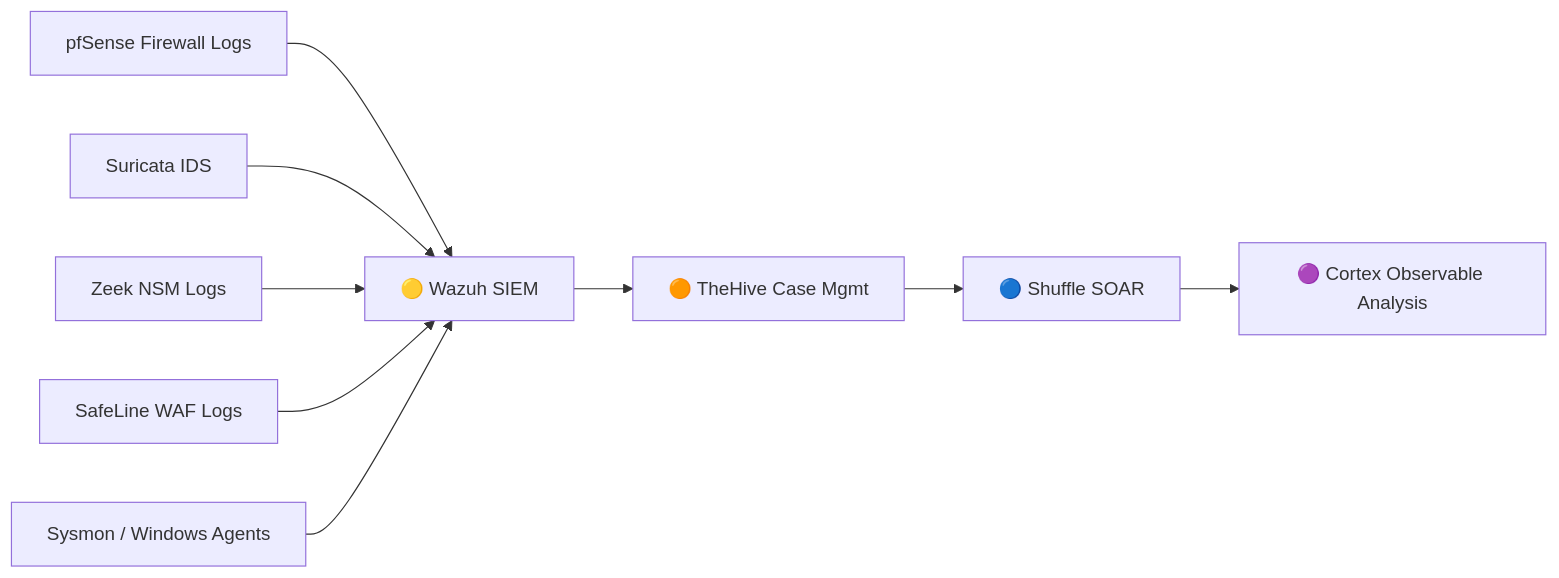
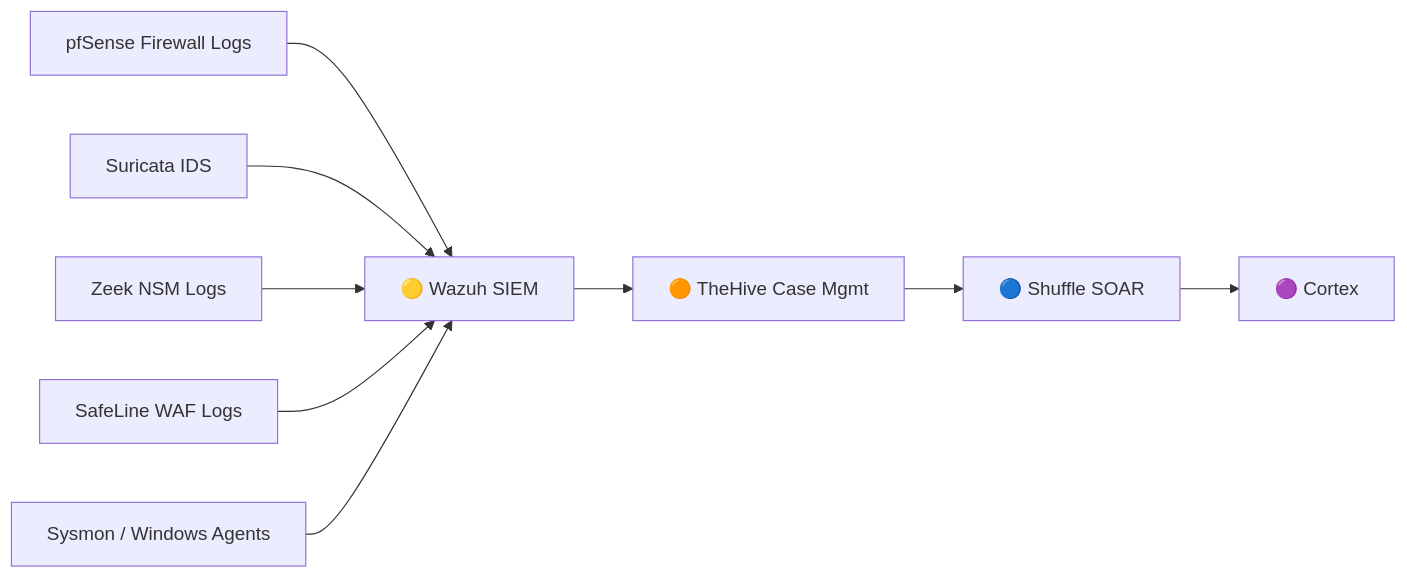
Before and after one commit to shateel/enterprise-soc-lab: the third of 3 diagrams in README.md, drawn with Mermaid.

````diff
--- a/README.md
+++ b/README.md
@@ -221,11 +221,11 @@
 ```mermaid
 flowchart LR
     PFS[pfSense Firewall Logs] --> WAZUH
     SUR[Suricata IDS] --> WAZUH
     ZEEK[Zeek NSM Logs] --> WAZUH
     WAF[SafeLine WAF Logs] --> WAZUH
     SYSMON[Sysmon / Windows Agents] --> WAZUH[🟡 Wazuh SIEM]
     WAZUH --> HIVE[🟠 TheHive Case Mgmt]
     HIVE --> SHUFFLE[🔵 Shuffle SOAR]
-    SHUFFLE --> CORTEX[🟣 Cortex Observable Analysis]
+    SHUFFLE --> CORTEX[🟣 Cortex]
 ```
````
